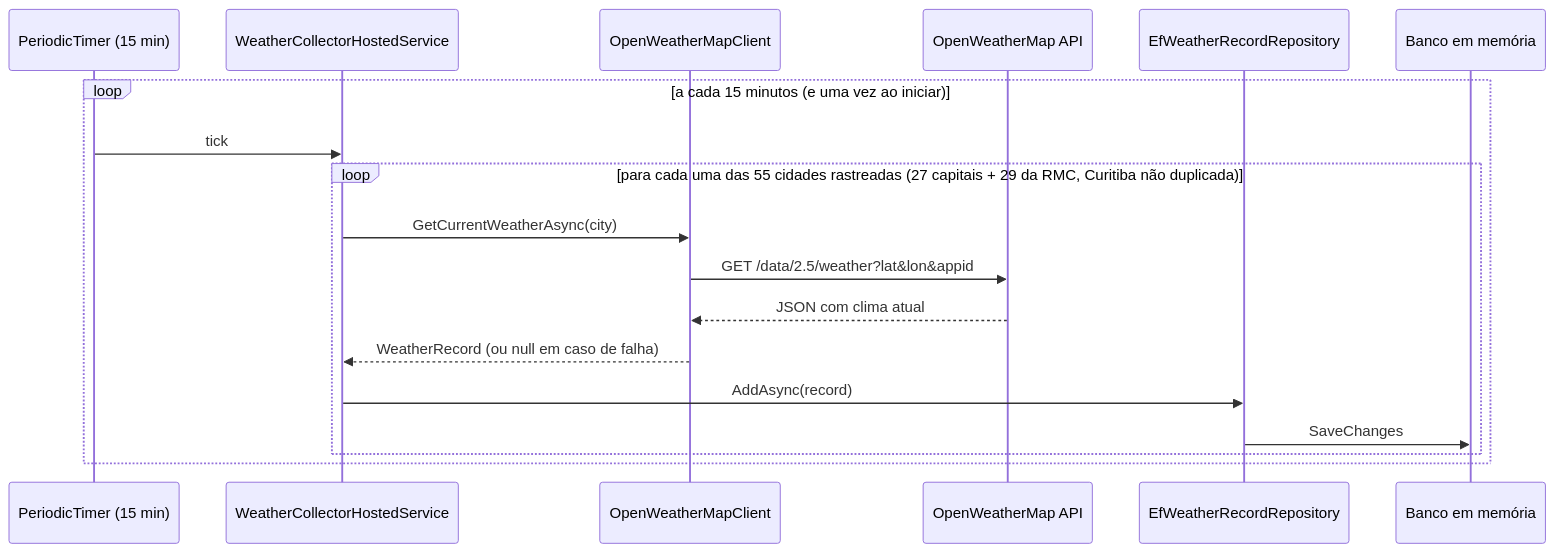
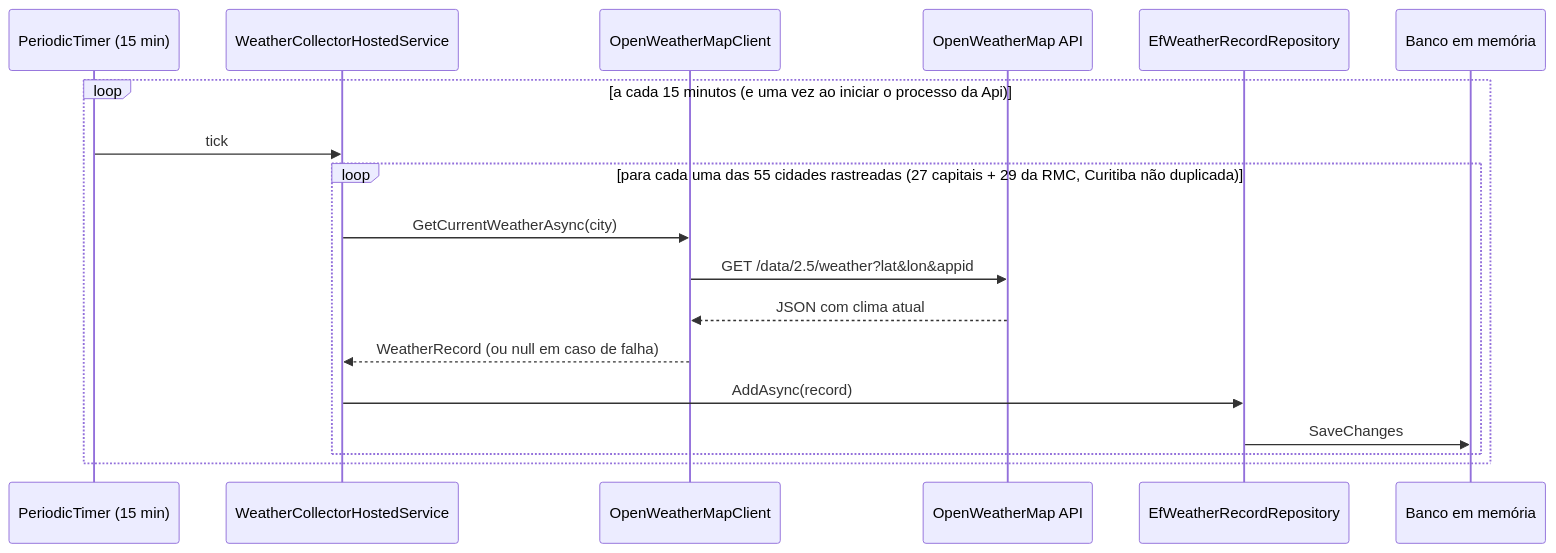
One commit to melmyuka1/clima-brasil changed the third of 3 diagrams in docs/architecture.md. Above: the diagram before and after it, drawn with Mermaid. The commit also changed other lines of this file and 30 other files, not shown here.

````diff
--- a/docs/architecture.md
+++ b/docs/architecture.md
@@ -97,21 +127,21 @@
 ```mermaid
 sequenceDiagram
     participant Timer as PeriodicTimer (15 min)
     participant Collector as WeatherCollectorHostedService
     participant Client as OpenWeatherMapClient
     participant OWM as OpenWeatherMap API
     participant Repo as EfWeatherRecordRepository
     participant Db as Banco em memória
 
-    loop a cada 15 minutos (e uma vez ao iniciar)
+    loop a cada 15 minutos (e uma vez ao iniciar o processo da Api)
         Timer->>Collector: tick
         loop para cada uma das 55 cidades rastreadas (27 capitais + 29 da RMC, Curitiba não duplicada)
             Collector->>Client: GetCurrentWeatherAsync(city)
             Client->>OWM: GET /data/2.5/weather?lat&lon&appid
             OWM-->>Client: JSON com clima atual
             Client-->>Collector: WeatherRecord (ou null em caso de falha)
             Collector->>Repo: AddAsync(record)
             Repo->>Db: SaveChanges
         end
     end
 ```
````
